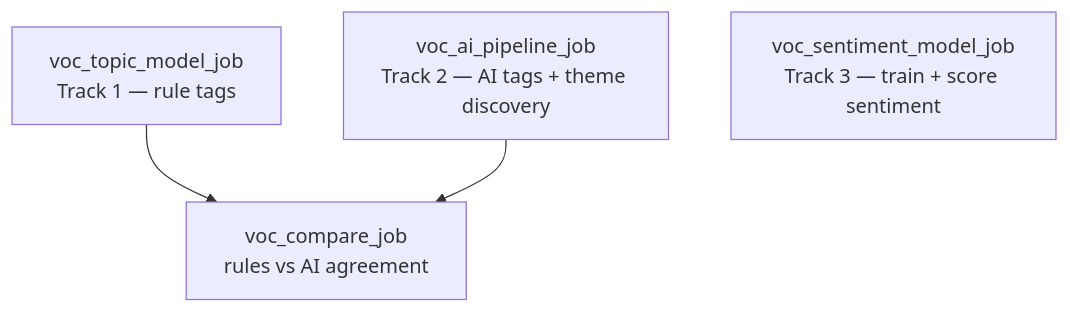
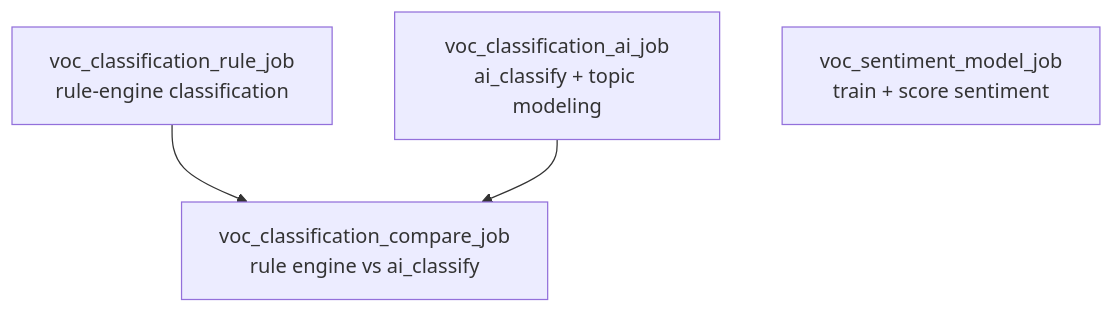
One commit to dariakrasavina/GM_VOC changed the second of 2 diagrams in README.md. Above: the diagram before and after it, drawn with Mermaid. The commit also changed other lines of this file and 24 other files, not shown here.

Commit message:
Rename to category/classification vocabulary; add multi-label ai_classify + hierarchy roll-up in both classifiers; update compare job and docs

````diff
--- a/README.md
+++ b/README.md
@@ -108,10 +121,10 @@
 ```mermaid
 flowchart TB
-    RULES["voc_topic_model_job<br/>Track 1 — rule tags"]
-    AI["voc_ai_pipeline_job<br/>Track 2 — AI tags + theme discovery"]
-    CMP["voc_compare_job<br/>rules vs AI agreement"]
-    SENT["voc_sentiment_model_job<br/>Track 3 — train + score sentiment"]
+    RE["voc_classification_rule_job<br/>rule-engine classification"]
+    AI["voc_classification_ai_job<br/>ai_classify + topic modeling"]
+    CMP["voc_classification_compare_job<br/>rule engine vs ai_classify"]
+    SENT["voc_sentiment_model_job<br/>train + score sentiment"]
 
-    RULES --> CMP
+    RE --> CMP
     AI --> CMP
 ```
````
